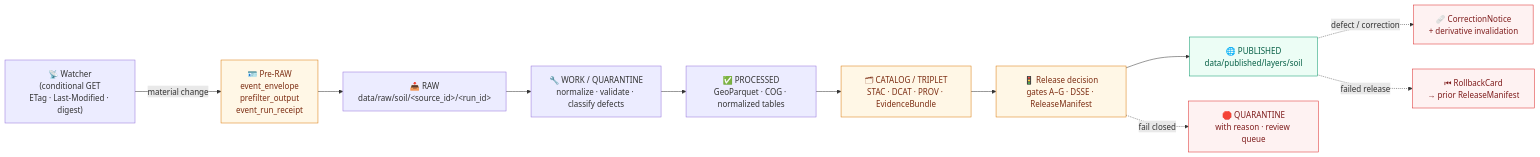
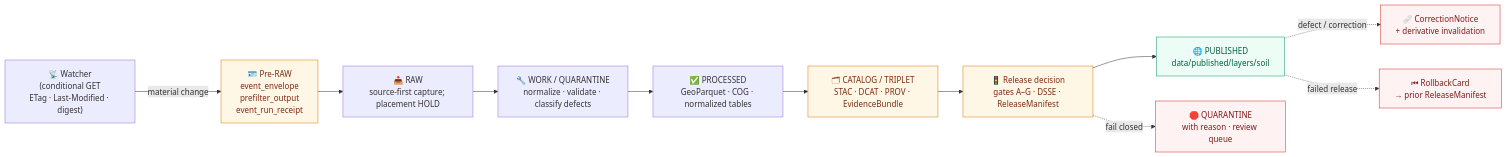
The diagram in docs/runbooks/soil/SOURCE_REFRESH_RUNBOOK.md (bartytime4life/Kansas-Frontier-Matrix), drawn with Mermaid before and after one commit. The commit also changed other lines of this file and 5 other files, not shown here.

First line of the commit message:
docs(soil): align RAW placement doctrine with source-first DIR-SOURCE-001

````diff
--- a/docs/runbooks/soil/SOURCE_REFRESH_RUNBOOK.md
+++ b/docs/runbooks/soil/SOURCE_REFRESH_RUNBOOK.md
@@ -184,20 +191,20 @@
 ```mermaid
 flowchart LR
   A["📡 Watcher<br/>(conditional GET<br/>ETag · Last-Modified · digest)"] -->|material change| B["🪪 Pre-RAW<br/>event_envelope<br/>prefilter_output<br/>event_run_receipt"]
-  B --> C["📥 RAW<br/>data/raw/soil/&lt;source_id&gt;/&lt;run_id&gt;"]
+  B --> C["📥 RAW<br/>source-first capture; placement HOLD"]
   C --> D["🔧 WORK / QUARANTINE<br/>normalize · validate · classify defects"]
   D --> E["✅ PROCESSED<br/>GeoParquet · COG · normalized tables"]
   E --> F["🗂 CATALOG / TRIPLET<br/>STAC · DCAT · PROV · EvidenceBundle"]
   F --> G["🚦 Release decision<br/>gates A–G · DSSE · ReleaseManifest"]
   G --> H["🌐 PUBLISHED<br/>data/published/layers/soil"]
   G -.->|fail closed| Q["🛑 QUARANTINE<br/>with reason · review queue"]
   H -.->|defect / correction| K["🩹 CorrectionNotice<br/>+ derivative invalidation"]
   H -.->|failed release| R["⏮ RollbackCard<br/>→ prior ReleaseManifest"]
 
   classDef gov fill:#fff7e6,stroke:#d97706,color:#7c2d12;
   classDef pub fill:#ecfdf5,stroke:#059669,color:#065f46;
   classDef warn fill:#fef2f2,stroke:#dc2626,color:#7f1d1d;
   class B,F,G gov;
   class H pub;
   class Q,K,R warn;
 ```
````
